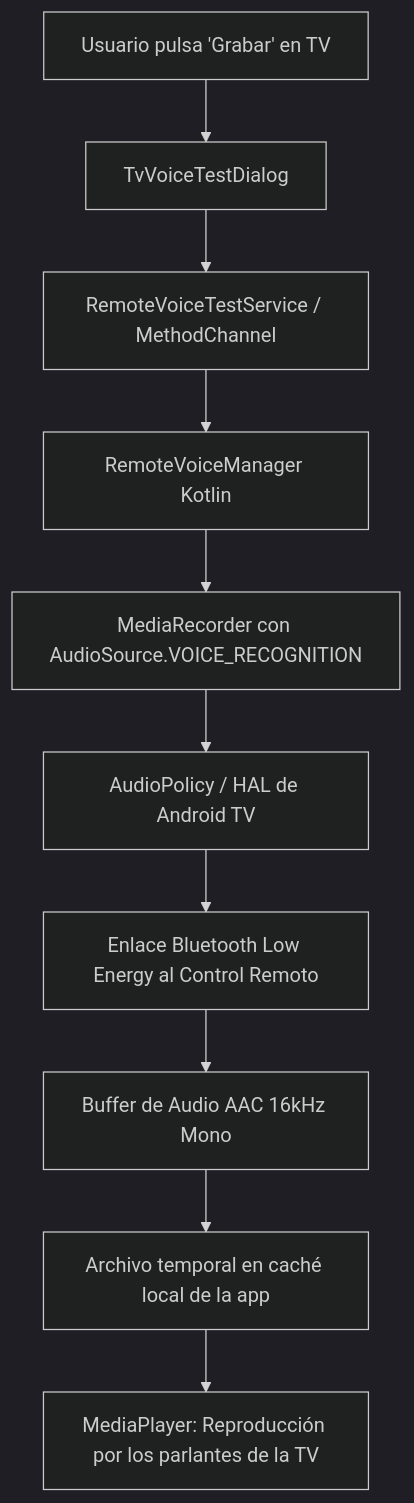
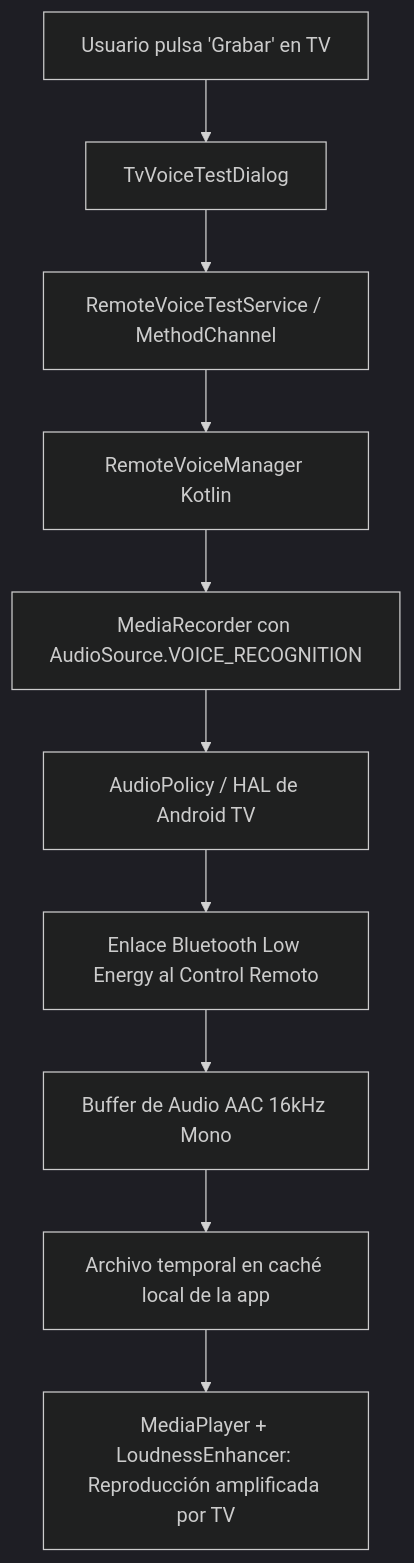
One commit to dariomadeira/moai3 changed the diagram in specs/features/tv_remote_voice_input.md. Above: the diagram before and after it, drawn with Mermaid (dark theme). The commit also changed other lines of this file and 24 other files, not shown here.

````diff
--- a/specs/features/tv_remote_voice_input.md
+++ b/specs/features/tv_remote_voice_input.md
@@ -8,12 +10,12 @@
 ```mermaid
 graph TD
     A[Usuario pulsa 'Grabar' en TV] --> B[TvVoiceTestDialog]
     B --> C[RemoteVoiceTestService / MethodChannel]
     C --> D[RemoteVoiceManager Kotlin]
     D --> E[MediaRecorder con AudioSource.VOICE_RECOGNITION]
     E --> F[AudioPolicy / HAL de Android TV]
     F --> G[Enlace Bluetooth Low Energy al Control Remoto]
     G --> H[Buffer de Audio AAC 16kHz Mono]
     H --> I[Archivo temporal en caché local de la app]
-    I --> J[MediaPlayer: Reproducción por los parlantes de la TV]
+    I --> J[MediaPlayer + LoudnessEnhancer: Reproducción amplificada por TV]
 ```
````
